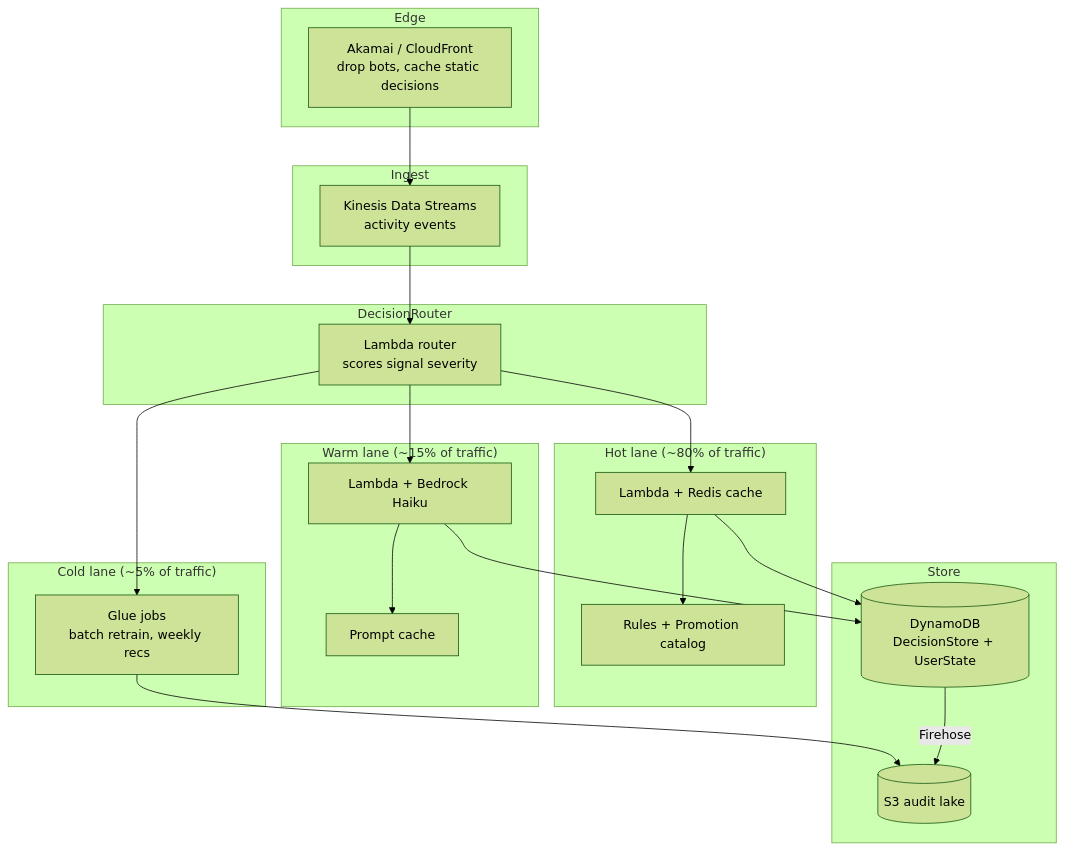
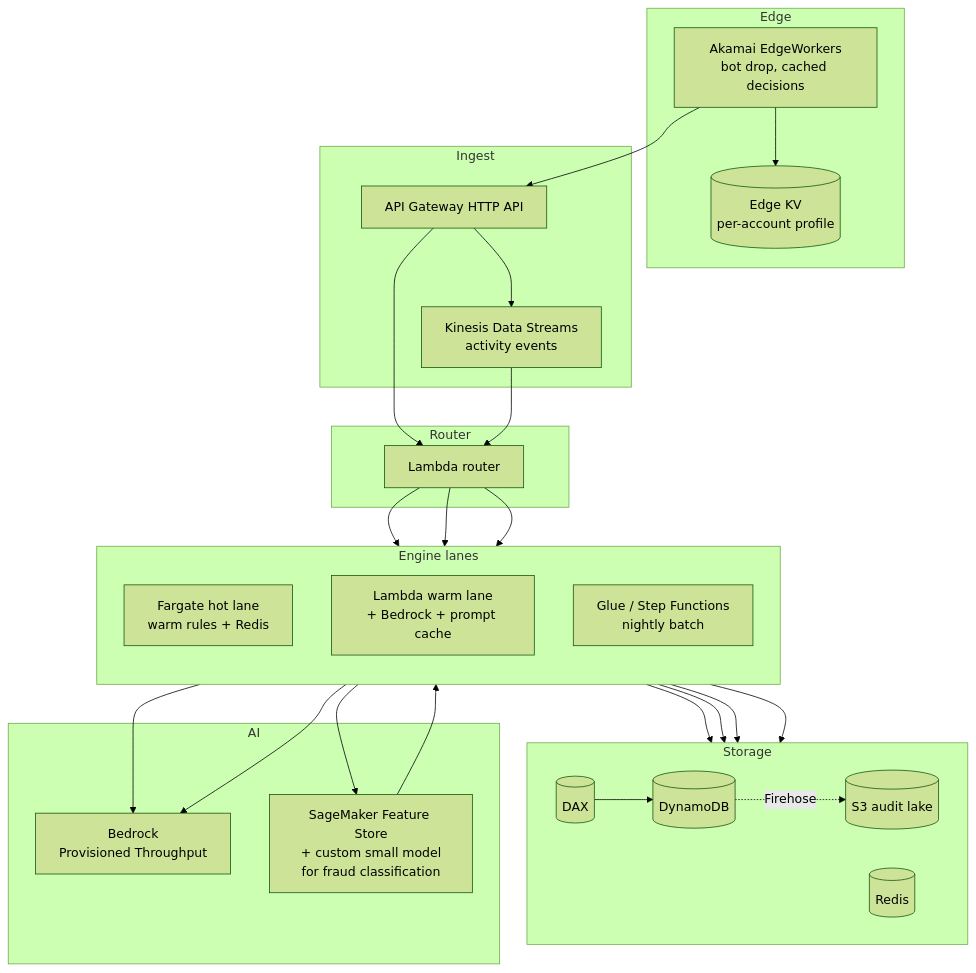
The sixth of 6 diagrams in docs/architecture.md (thegdsks/codefest-2026), drawn with Mermaid (forest theme) before and after one commit. The commit also changed other lines of this file, not shown here.

Commit message:
docs(architecture): expand with rules-first engine, tiered storage, studio loop

````diff
--- a/docs/architecture.md
+++ b/docs/architecture.md
@@ -72,45 +335,55 @@
 ```mermaid
 flowchart TB
-  subgraph Edge
-    AK[Akamai / CloudFront<br/>drop bots, cache static decisions]
+  subgraph EdgeProd["Edge"]
+    Akamai[Akamai EdgeWorkers<br/>bot drop, cached decisions]
+    EdgeKV[(Edge KV<br/>per-account profile)]
   end
 
-  subgraph Ingest
+  subgraph IngestProd["Ingest"]
+    APIProd[API Gateway HTTP API]
     K[Kinesis Data Streams<br/>activity events]
   end
 
-  subgraph DecisionRouter
-    R[Lambda router<br/>scores signal severity]
+  subgraph RouterProd["Router"]
+    R[Lambda router]
   end
 
-  subgraph Hot["Hot lane (~80% of traffic)"]
-    L1[Lambda + Redis cache]
-    RULES[Rules + Promotion catalog]
-    L1 --> RULES
+  subgraph EngineProd["Engine lanes"]
+    direction TB
+    Hot[Fargate hot lane<br/>warm rules + Redis]
+    Warm[Lambda warm lane<br/>+ Bedrock + prompt cache]
+    Cold[Glue / Step Functions<br/>nightly batch]
   end
 
-  subgraph Warm["Warm lane (~15% of traffic)"]
-    L2[Lambda + Bedrock Haiku]
-    PC[Prompt cache]
-    L2 --> PC
+  subgraph StoreProd["Storage"]
+    direction LR
+    DAXProd[(DAX)]
+    DDBProd[(DynamoDB)]
+    RedisProd[(Redis)]
+    S3Prod[(S3 audit lake)]
   end
 
-  subgraph Cold["Cold lane (~5% of traffic)"]
-    G[Glue jobs<br/>batch retrain, weekly recs]
+  subgraph AIProd["AI"]
+    BedrockProd[Bedrock<br/>Provisioned Throughput]
+    SageMakerProd[SageMaker Feature Store<br/>+ custom small model<br/>for fraud classification]
   end
 
-  subgraph Store
-    DDB[(DynamoDB<br/>DecisionStore + UserState)]
-    S3[(S3 audit lake)]
-  end
-
-  AK --> K
+  Akamai --> EdgeKV
+  Akamai --> APIProd
+  APIProd --> R
+  APIProd --> K
   K --> R
-  R --> L1
-  R --> L2
-  R --> G
-  L1 --> DDB
-  L2 --> DDB
-  G --> S3
-  DDB -->|Firehose| S3
+  R --> Hot
+  R --> Warm
+  R --> Cold
+  Hot --> RedisProd
+  Hot --> DAXProd
+  Warm --> DAXProd
+  Warm --> BedrockProd
+  Cold --> S3Prod
+  Cold --> BedrockProd
+  DAXProd --> DDBProd
+  DDBProd -.->|Firehose| S3Prod
+  Cold --> SageMakerProd
+  SageMakerProd --> Warm
 ```
````
